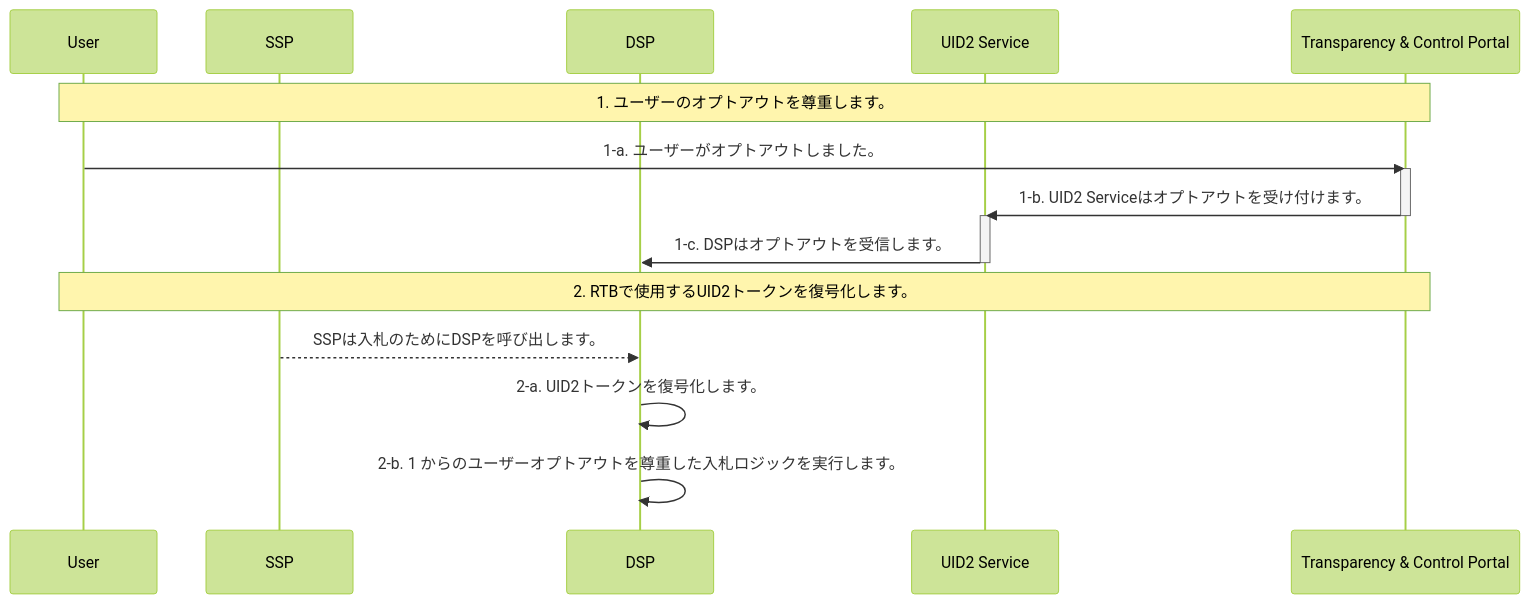
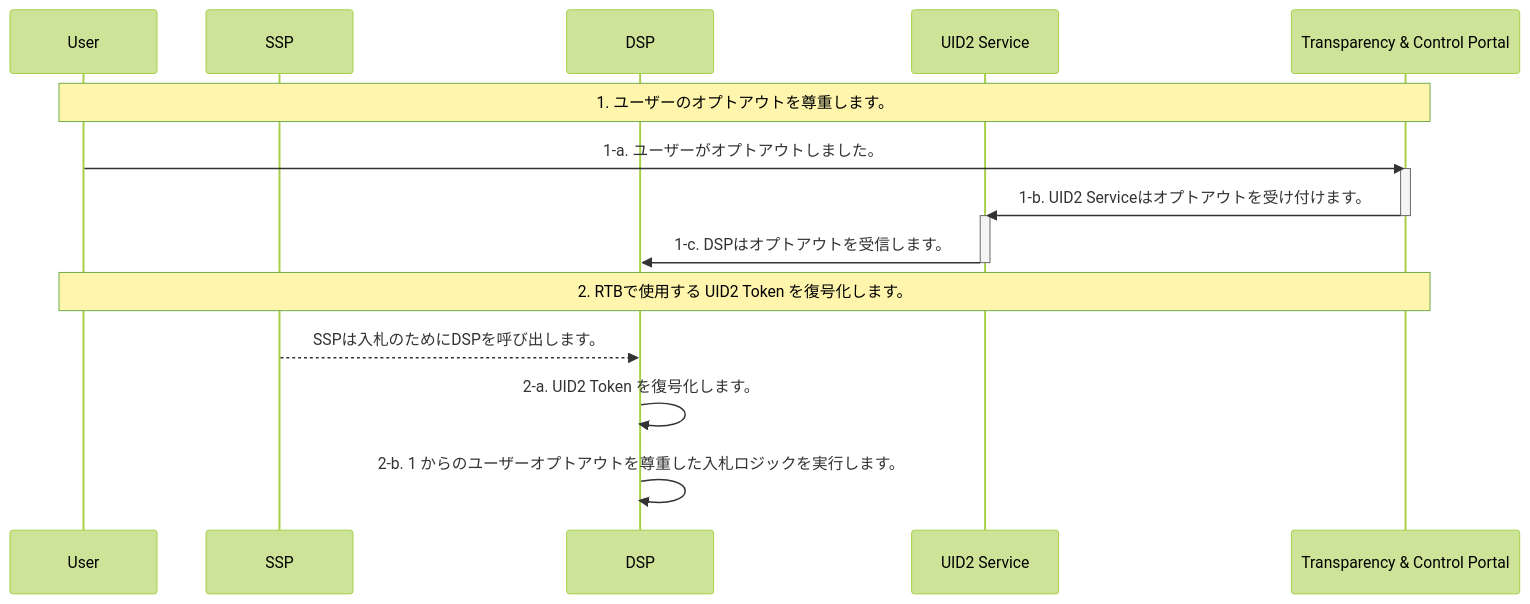
One commit to IABTechLab/uid2docs changed the first of 2 diagrams in api-ja/v2/guides/dsp-guide.md. Above: the diagram before and after it, drawn with Mermaid (forest theme). The commit also changed other lines of this file and 10 other files, not shown here.

````diff
--- a/api-ja/v2/guides/dsp-guide.md
+++ b/api-ja/v2/guides/dsp-guide.md
@@ -17,20 +17,20 @@
 ```mermaid
 sequenceDiagram
   participant U as User
   participant SSP
   participant DSP
   participant UID2 as UID2 Service
   participant TC as Transparency & Control Portal
   Note over U,TC: 1. ユーザーのオプトアウトを尊重します。
   U->>TC: 1-a. ユーザーがオプトアウトしました。
   activate TC
   TC->>UID2: 1-b. UID2 Serviceはオプトアウトを受け付けます。
   deactivate TC
   activate UID2
   UID2->>DSP: 1-c. DSPはオプトアウトを受信します。
   deactivate UID2
-  Note over U,TC: 2. RTBで使用するUID2トークンを復号化します。
+  Note over U,TC: 2. RTBで使用する UID2 Token を復号化します。
   SSP-->>DSP: SSPは入札のためにDSPを呼び出します。
-  DSP->>DSP: 2-a. UID2トークンを復号化します。
+  DSP->>DSP: 2-a. UID2 Token を復号化します。
   DSP->>DSP: 2-b. 1 からのユーザーオプトアウトを尊重した入札ロジックを実行します。
 ```
````
